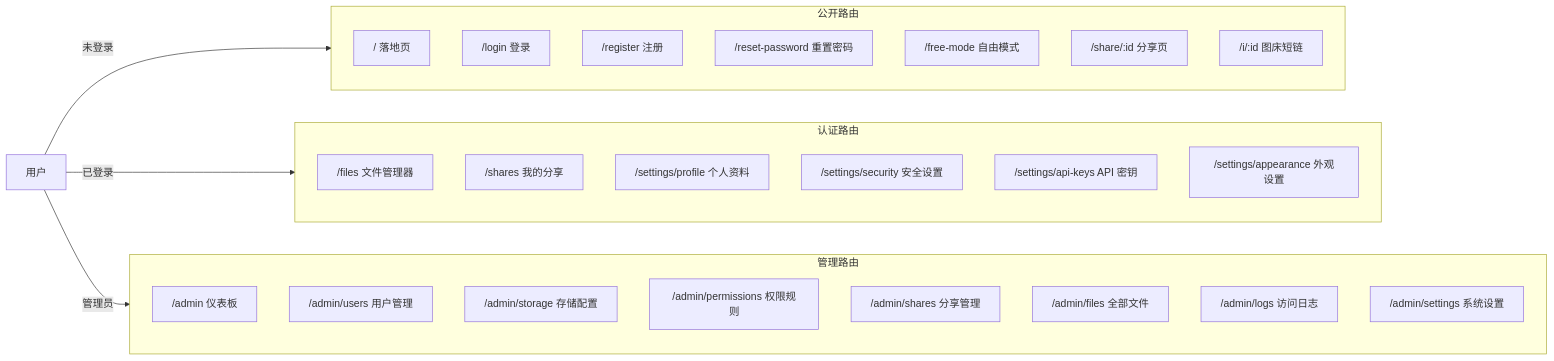
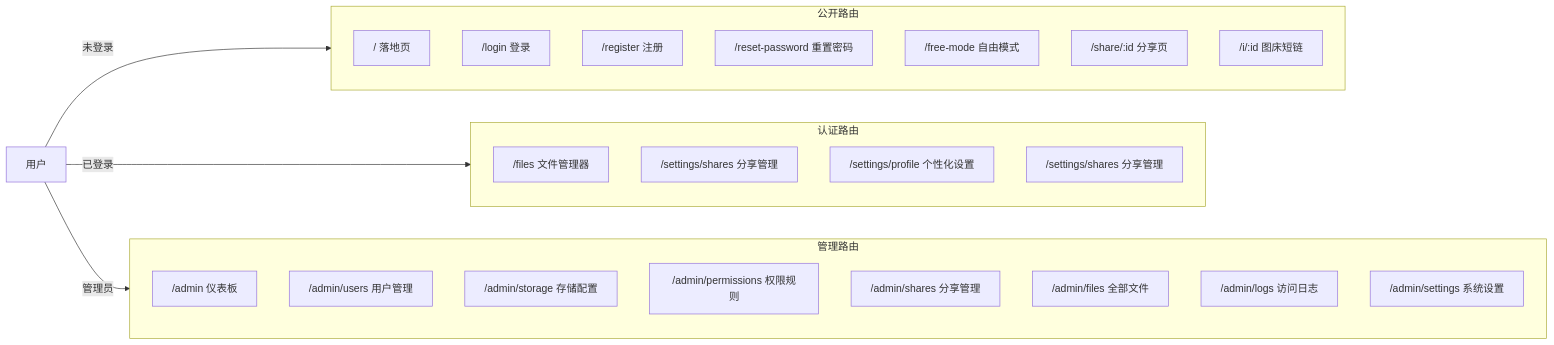
The diagram in docs/UI_CN.md (CelPlume/Picumet), drawn with Mermaid before and after one commit. The commit also changed other lines of this file and 10 other files, not shown here.

````diff
--- a/docs/UI_CN.md
+++ b/docs/UI_CN.md
@@ -46,39 +46,37 @@
 ```mermaid
 flowchart LR
     USER["用户"] -->|未登录| PUBLIC
     USER -->|已登录| AUTH
     USER -->|管理员| ADMIN
 
     subgraph PUBLIC["公开路由"]
         direction TB
         R1["/ 落地页"]
         R2["/login 登录"]
         R3["/register 注册"]
         R4["/reset-password 重置密码"]
         R5["/free-mode 自由模式"]
         R6["/share/:id 分享页"]
         R7["/i/:id 图床短链"]
     end
 
     subgraph AUTH["认证路由"]
         direction TB
         R8["/files 文件管理器"]
-        R9["/shares 我的分享"]
-        R10["/settings/profile 个人资料"]
-        R11["/settings/security 安全设置"]
-        R12["/settings/api-keys API 密钥"]
-        R13["/settings/appearance 外观设置"]
+        R9["/settings/shares 分享管理"]
+        R10["/settings/profile 个性化设置"]
+        R10b["/settings/shares 分享管理"]
     end
 
     subgraph ADMIN["管理路由"]
         direction TB
         R14["/admin 仪表板"]
         R15["/admin/users 用户管理"]
         R16["/admin/storage 存储配置"]
         R17["/admin/permissions 权限规则"]
         R18["/admin/shares 分享管理"]
         R19["/admin/files 全部文件"]
         R20["/admin/logs 访问日志"]
         R21["/admin/settings 系统设置"]
     end
 ```
````
